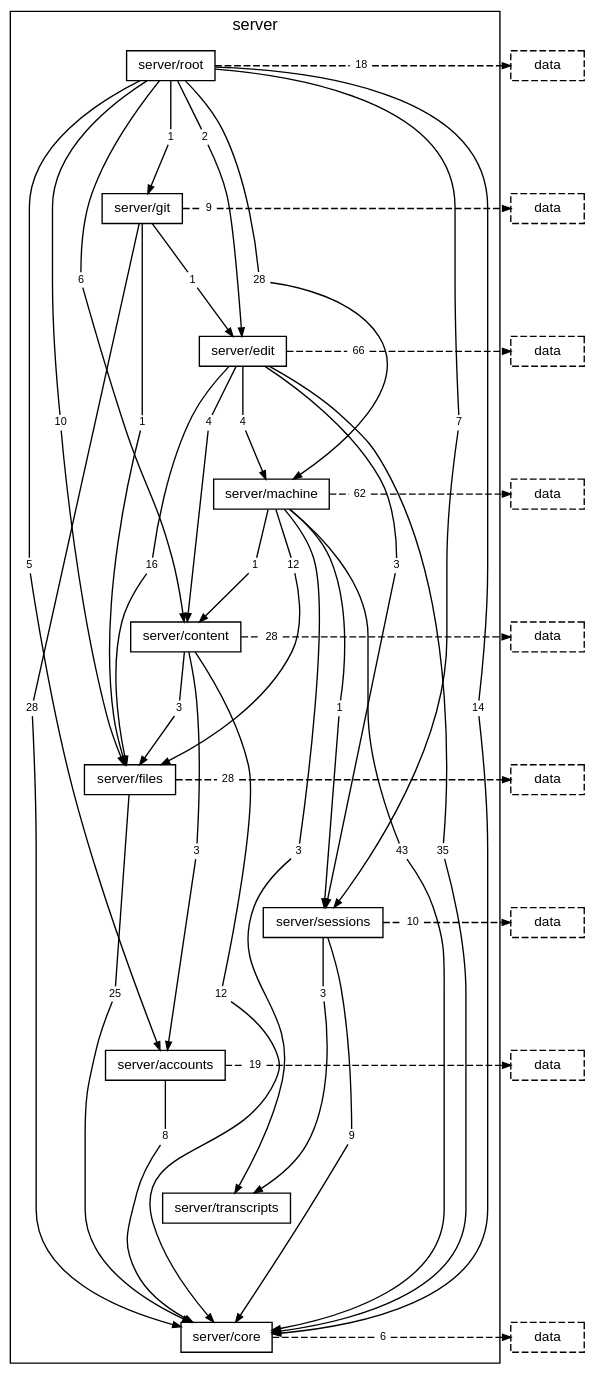
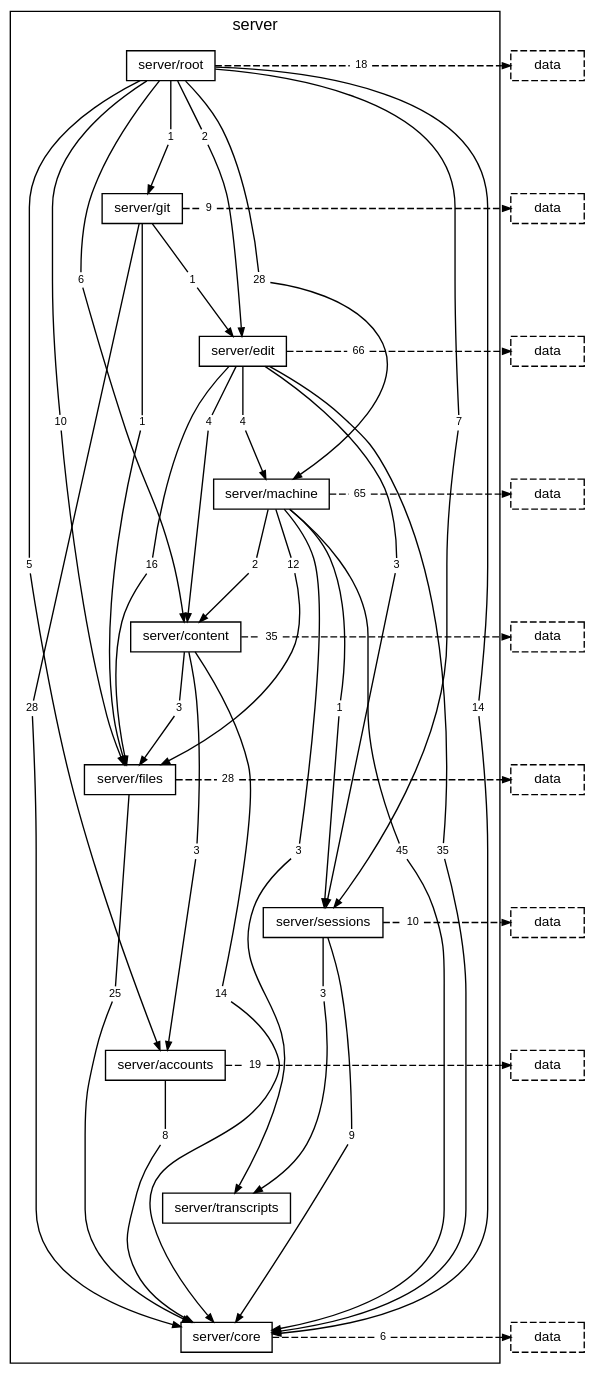
Before and after one commit to TheAxeC/oculus: the diagram in docs/diagrams/layer-server.dot, drawn with Graphviz. The commit also changed 202 other files, not shown here.

```diff
--- a/docs/diagrams/layer-server.dot
+++ b/docs/diagrams/layer-server.dot
@@ -33,16 +33,16 @@
         "folder server/edit to folder server/machine" [label="4", shape=box, color="transparent", fontsize=8, width=0, height=0, margin="0.04,0.02"];
         "folder server/edit to folder server/sessions" [label="3", shape=box, color="transparent", fontsize=8, width=0, height=0, margin="0.04,0.02"];
         "folder server/edit to layer data" [label="66", shape=box, color="transparent", fontsize=8, width=0, height=0, margin="0.04,0.02"];
-        "folder server/machine to folder server/content" [label="1", shape=box, color="transparent", fontsize=8, width=0, height=0, margin="0.04,0.02"];
-        "folder server/machine to folder server/core" [label="43", shape=box, color="transparent", fontsize=8, width=0, height=0, margin="0.04,0.02"];
+        "folder server/machine to folder server/content" [label="2", shape=box, color="transparent", fontsize=8, width=0, height=0, margin="0.04,0.02"];
+        "folder server/machine to folder server/core" [label="45", shape=box, color="transparent", fontsize=8, width=0, height=0, margin="0.04,0.02"];
         "folder server/machine to folder server/files" [label="12", shape=box, color="transparent", fontsize=8, width=0, height=0, margin="0.04,0.02"];
         "folder server/machine to folder server/sessions" [label="1", shape=box, color="transparent", fontsize=8, width=0, height=0, margin="0.04,0.02"];
         "folder server/machine to folder server/transcripts" [label="3", shape=box, color="transparent", fontsize=8, width=0, height=0, margin="0.04,0.02"];
-        "folder server/machine to layer data" [label="62", shape=box, color="transparent", fontsize=8, width=0, height=0, margin="0.04,0.02"];
+        "folder server/machine to layer data" [label="65", shape=box, color="transparent", fontsize=8, width=0, height=0, margin="0.04,0.02"];
         "folder server/content to folder server/accounts" [label="3", shape=box, color="transparent", fontsize=8, width=0, height=0, margin="0.04,0.02"];
-        "folder server/content to folder server/core" [label="12", shape=box, color="transparent", fontsize=8, width=0, height=0, margin="0.04,0.02"];
+        "folder server/content to folder server/core" [label="14", shape=box, color="transparent", fontsize=8, width=0, height=0, margin="0.04,0.02"];
         "folder server/content to folder server/files" [label="3", shape=box, color="transparent", fontsize=8, width=0, height=0, margin="0.04,0.02"];
-        "folder server/content to layer data" [label="28", shape=box, color="transparent", fontsize=8, width=0, height=0, margin="0.04,0.02"];
+        "folder server/content to layer data" [label="35", shape=box, color="transparent", fontsize=8, width=0, height=0, margin="0.04,0.02"];
         "folder server/files to folder server/core" [label="25", shape=box, color="transparent", fontsize=8, width=0, height=0, margin="0.04,0.02"];
         "folder server/files to layer data" [label="28", shape=box, color="transparent", fontsize=8, width=0, height=0, margin="0.04,0.02"];
         "folder server/sessions to folder server/core" [label="9", shape=box, color="transparent", fontsize=8, width=0, height=0, margin="0.04,0.02"];
```
